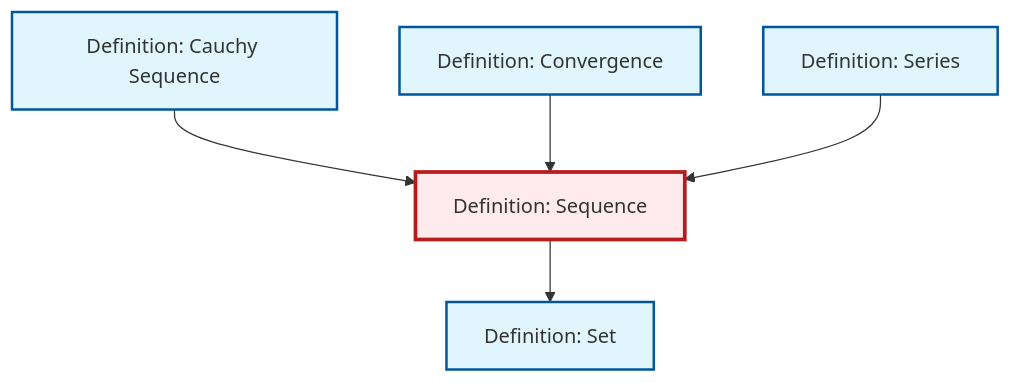
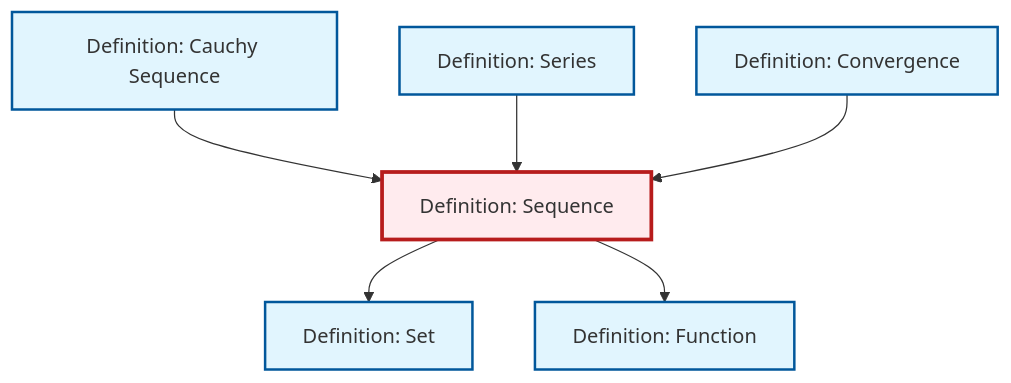
Before and after one commit to RK0429/ModernMath: the diagram in content/en/analysis/def-sequence.qmd, drawn with Mermaid. The commit also changed 554 other files, not shown here.

````diff
--- a/content/en/analysis/def-sequence.qmd
+++ b/content/en/analysis/def-sequence.qmd
@@ -76,23 +76,26 @@
 ```{mermaid}
 %%| fig-cap: "Local dependency graph"
 graph TD
     classDef definition fill:#e1f5fe,stroke:#01579b,stroke-width:2px
     classDef theorem fill:#f3e5f5,stroke:#4a148c,stroke-width:2px
     classDef axiom fill:#fff3e0,stroke:#e65100,stroke-width:2px
     classDef example fill:#e8f5e9,stroke:#1b5e20,stroke-width:2px
     classDef current fill:#ffebee,stroke:#b71c1c,stroke-width:3px
+    def-cauchy-sequence["Definition: Cauchy Sequence"]:::definition
+    def-sequence["Definition: Sequence"]:::definition
     def-set["Definition: Set"]:::definition
-    def-sequence["Definition: Sequence"]:::definition
     def-series["Definition: Series"]:::definition
+    def-function["Definition: Function"]:::definition
     def-convergence["Definition: Convergence"]:::definition
-    def-cauchy-sequence["Definition: Cauchy Sequence"]:::definition
     def-cauchy-sequence --> def-sequence
+    def-series --> def-sequence
     def-sequence --> def-set
+    def-sequence --> def-function
     def-convergence --> def-sequence
-    def-series --> def-sequence
     class def-sequence current
+    click def-cauchy-sequence "def-cauchy-sequence.html" "Go to Cauchy Sequence definition"
     click def-set "def-set.html" "Go to Set definition"
     click def-series "def-series.html" "Go to Series definition"
+    click def-function "def-function.html" "Go to Function definition"
     click def-convergence "def-convergence.html" "Go to Convergence definition"
-    click def-cauchy-sequence "def-cauchy-sequence.html" "Go to Cauchy Sequence definition"
 ```
````
